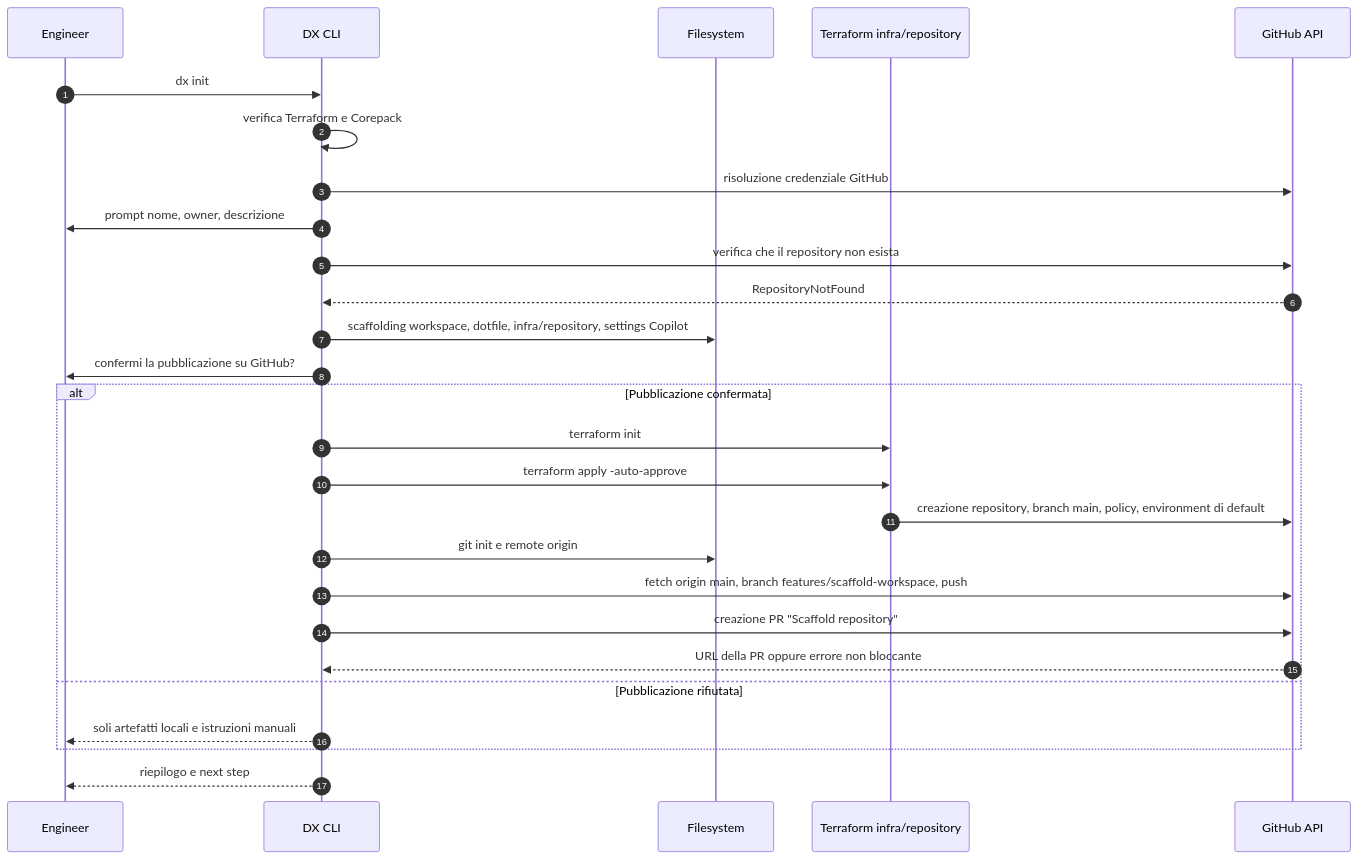
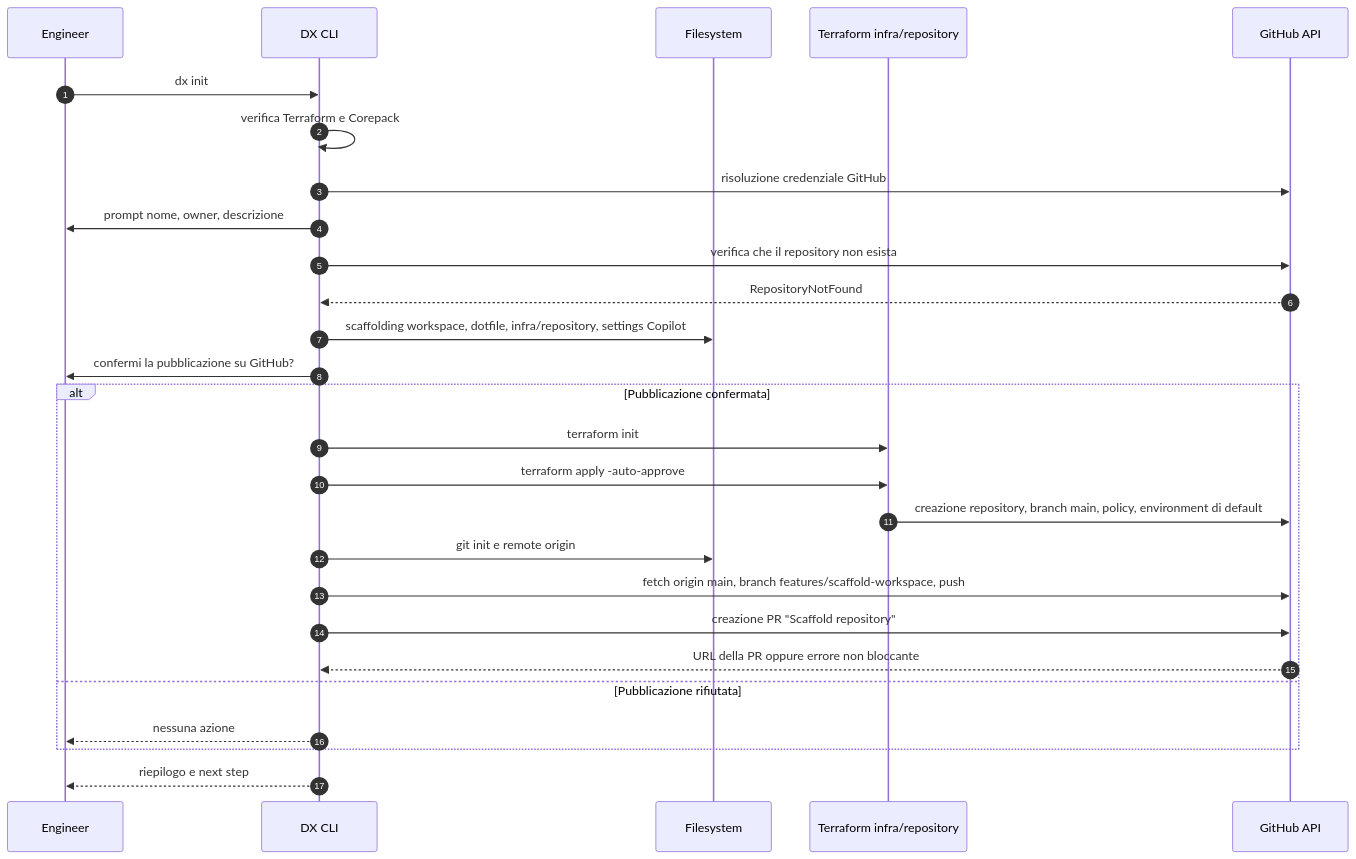
The fifth of 9 diagrams in docs/design-review/bootstrapping.md (pagopa/dx), drawn with Mermaid before and after one commit. The commit also changed other lines of this file, not shown here.

````diff
--- a/docs/design-review/bootstrapping.md
+++ b/docs/design-review/bootstrapping.md
@@ -396,30 +308,30 @@
 ```mermaid
 sequenceDiagram
   autonumber
   participant ENG as Engineer
   participant CLI as DX CLI
   participant FS as Filesystem
   participant TF as Terraform infra/repository
   participant GH as GitHub API
 
   ENG->>CLI: dx init
   CLI->>CLI: verifica Terraform e Corepack
   CLI->>GH: risoluzione credenziale GitHub
   CLI->>ENG: prompt nome, owner, descrizione
   CLI->>GH: verifica che il repository non esista
   GH-->>CLI: RepositoryNotFound
   CLI->>FS: scaffolding workspace, dotfile, infra/repository, settings Copilot
   CLI->>ENG: confermi la pubblicazione su GitHub?
   alt Pubblicazione confermata
     CLI->>TF: terraform init
     CLI->>TF: terraform apply -auto-approve
     TF->>GH: creazione repository, branch main, policy, environment di default
     CLI->>FS: git init e remote origin
     CLI->>GH: fetch origin main, branch features/scaffold-workspace, push
     CLI->>GH: creazione PR "Scaffold repository"
     GH-->>CLI: URL della PR oppure errore non bloccante
   else Pubblicazione rifiutata
-    CLI-->>ENG: soli artefatti locali e istruzioni manuali
+    CLI-->>ENG: nessuna azione
   end
   CLI-->>ENG: riepilogo e next step
 ```
````
